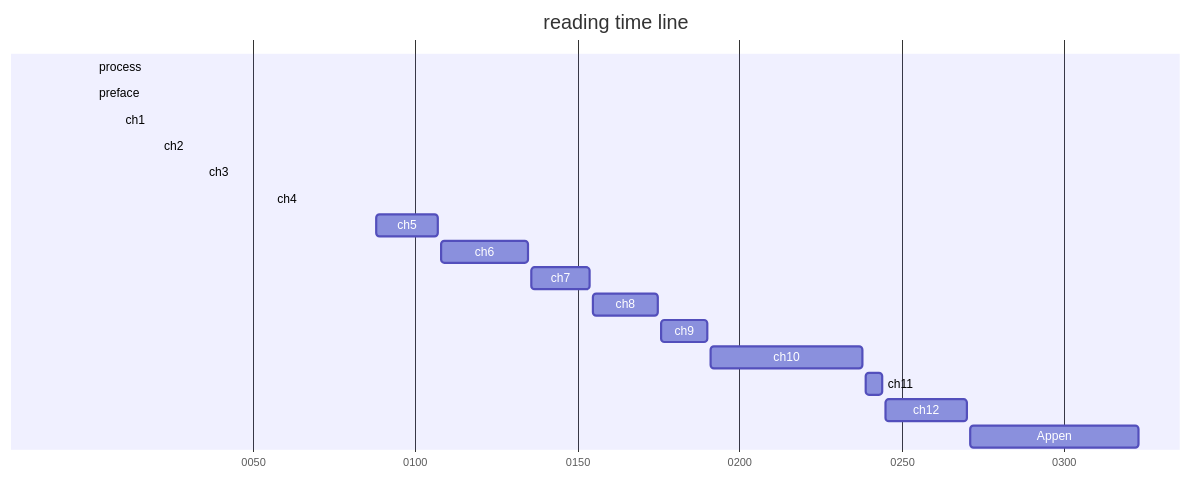
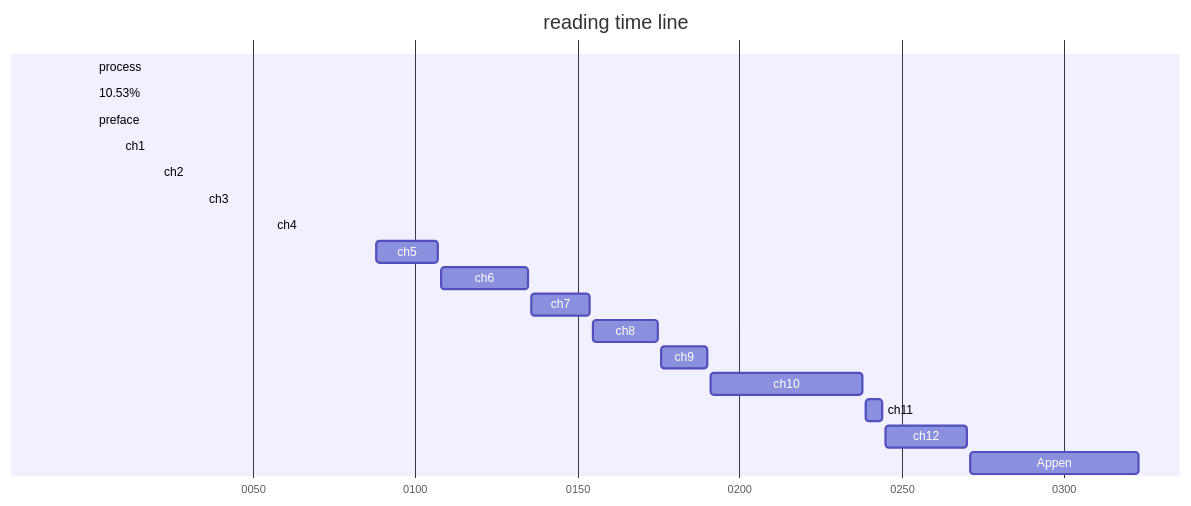
The third of 3 diagrams in README.md (ywjpanda/Mastering-Bitcoin), drawn with Mermaid before and after one commit. The commit also changed other lines of this file, not shown here.

````diff
--- a/README.md
+++ b/README.md
@@ -39,22 +41,23 @@
 ```mermaid
 gantt
 	dateFormat YYYY
 	axisFormat %Y
 	title reading time line
-	process: crit,0001,0027
+	process: crit,0001,0034
+	10.53%: crit,0001,0034
 	preface: done,0001,0008
 
 	ch1: done,0009,0020
 	ch2: done,0021,0034
 	ch3: active,0035,0055
 	ch4: 0056,0087
 	ch5: 0088,0107
 	ch6: 0108,0135
 	ch7: 0136,0154
 	ch8: 0155,0175
 	ch9: 0176,0190
 	ch10: 0191,0238
 	ch11: 0239,0244
 	ch12: 0245,0270
 	Appen:0271,0323
 ```
````
